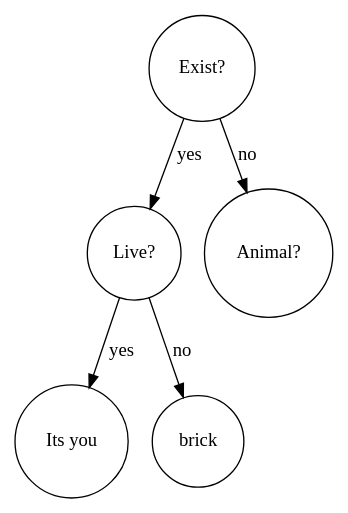
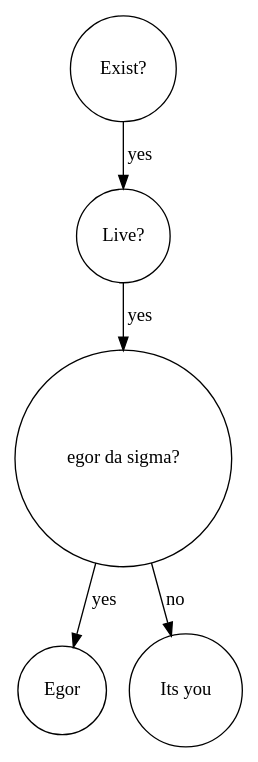
One commit to fl4cko11/Huawei_MIPT changed the diagram in tree/akinator/bst_visual_log/bst_4.dot. Above: the diagram before and after it, drawn with Graphviz. The commit also changed 17 other files, not shown here.

```diff
--- a/tree/akinator/bst_visual_log/bst_4.dot
+++ b/tree/akinator/bst_visual_log/bst_4.dot
@@ -1,7 +1,7 @@
 digraph BST {
     node [shape=circle];
     "Exist?" -> "Live?" [label="yes"];
-    "Exist?" -> "Animal?" [label="no"];
-    "Live?" -> "Its you" [label="yes"];
-    "Live?" -> "brick" [label="no"];
+    "Live?" -> "egor da sigma?" [label="yes"];
+    "egor da sigma?" -> "Egor" [label="yes"];
+    "egor da sigma?" -> "Its you" [label="no"];
 }
```
